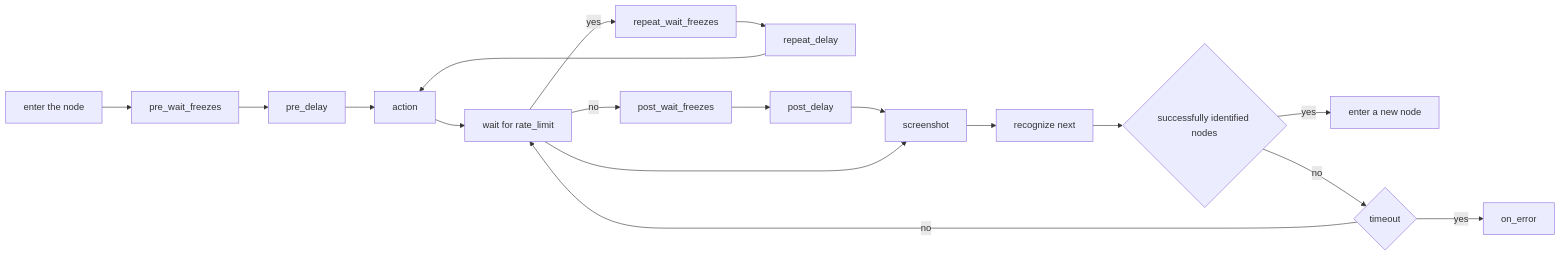
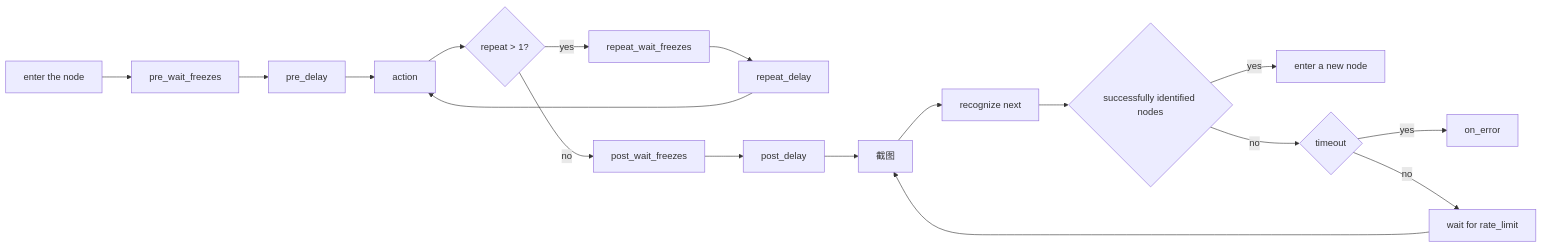
The third of 4 diagrams in docs/en_us/3.1-PipelineProtocol.md (MaaXYZ/MaaFramework), drawn with Mermaid before and after one commit. The commit also changed 1 other file, not shown here.

Commit message:
docs: fix pipeline flow diagram node labels

````diff
--- a/docs/en_us/3.1-PipelineProtocol.md
+++ b/docs/en_us/3.1-PipelineProtocol.md
@@ -235,20 +235,20 @@
 ```mermaid
     graph LR
         A[enter the node] --> B[pre_wait_freezes]
         B --> C[pre_delay]
         C --> D[action]
         D --> M{repeat > 1?}
         M -->|yes| N[repeat_wait_freezes]
         N --> O[repeat_delay]
         O --> D
         M -->|no| E[post_wait_freezes]
         E --> F[post_delay]
-        F --> G[screenshot]
-        G --> H[recognize next]
-        H --> I{successfully identified nodes}
-        I -->|yes| J[enter a new node]
-        I -->|no| K{timeout}
-        K -->|yes| L[on_error]
-        K -->|no| M[wait for rate_limit]
-        M --> G
+        F --> P[截图]
+        P --> G[recognize next]
+        G --> H{successfully identified nodes}
+        H -->|yes| I[enter a new node]
+        H -->|no| J{timeout}
+        J -->|yes| K[on_error]
+        J -->|no| L[wait for rate_limit]
+        L --> P
 ```
````
